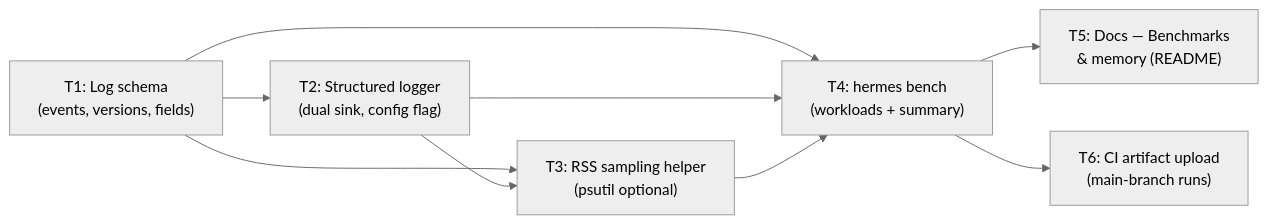
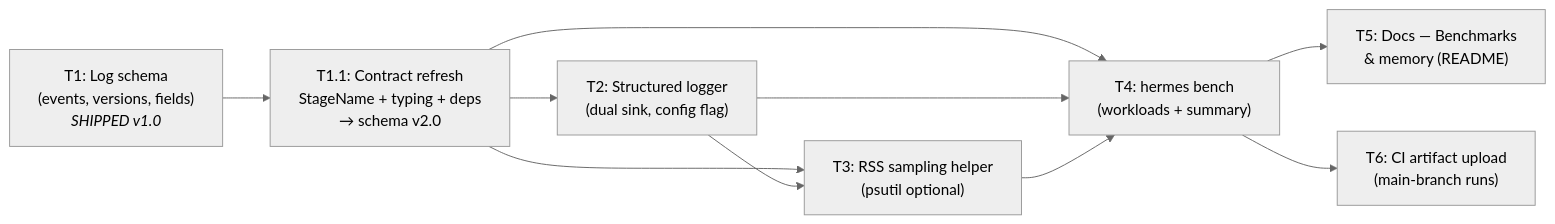
One commit to naaas94/Hermes changed the diagram in .dev/part_b/b-plan.md. Above: the diagram before and after it, drawn with Mermaid (neutral theme). The commit also changed other lines of this file and 34 other files, not shown here.

````diff
--- a/.dev/part_b/b-plan.md
+++ b/.dev/part_b/b-plan.md
@@ -106,18 +163,20 @@
 ```mermaid
 graph LR
-    T1["T1: Log schema<br/>(events, versions, fields)"]
+    T1["T1: Log schema<br/>(events, versions, fields)<br/><i>SHIPPED v1.0</i>"]
+    T1p1["T1.1: Contract refresh<br/>StageName + typing + deps<br/>→ schema v2.0"]
     T2["T2: Structured logger<br/>(dual sink, config flag)"]
     T3["T3: RSS sampling helper<br/>(psutil optional)"]
     T4["T4: hermes bench<br/>(workloads + summary)"]
     T5["T5: Docs — Benchmarks<br/>& memory (README)"]
     T6["T6: CI artifact upload<br/>(main-branch runs)"]
 
-    T1 --> T2
-    T1 --> T3
-    T1 --> T4
+    T1 --> T1p1
+    T1p1 --> T2
+    T1p1 --> T3
+    T1p1 --> T4
     T2 --> T3
     T2 --> T4
     T3 --> T4
     T4 --> T5
     T4 --> T6
 ```
````
